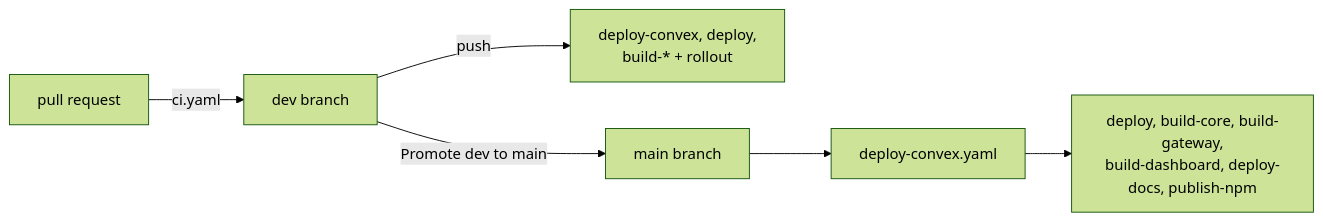
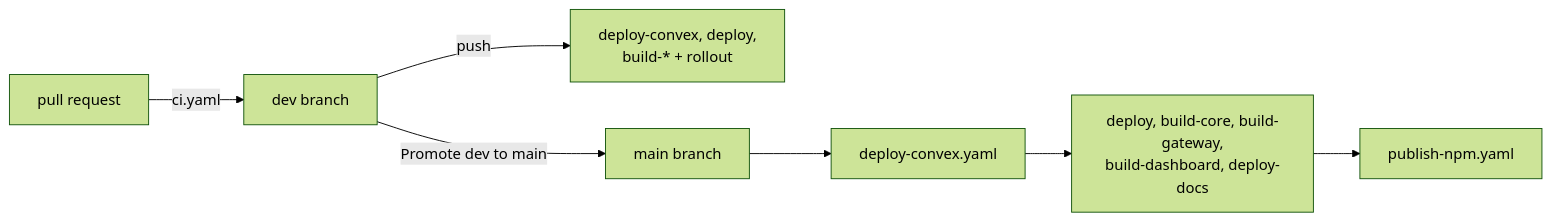
One commit to beeblastco/broods changed the first of 2 diagrams in apps/docs/docs/internals/ci-cd.md. Above: the diagram before and after it, drawn with Mermaid (forest theme). The commit also changed other lines of this file and 4 other files, not shown here.

First line of the commit message:
fix(ci,docs): publish npm after the production rollout and stop overclaiming hosted-MCP isolation

````diff
--- a/apps/docs/docs/internals/ci-cd.md
+++ b/apps/docs/docs/internals/ci-cd.md
@@ -12,8 +12,9 @@
 ```mermaid
 flowchart LR
   PR["pull request"] -->|ci.yaml| Dev["dev branch"]
   Dev -->|push| DevDeploys["deploy-convex, deploy,<br/>build-* + rollout"]
   Dev -->|"Promote dev to main"| Main["main branch"]
   Main --> Convex["deploy-convex.yaml"]
-  Convex --> Parallel["deploy, build-core, build-gateway,<br/>build-dashboard, deploy-docs, publish-npm"]
+  Convex --> Parallel["deploy, build-core, build-gateway,<br/>build-dashboard, deploy-docs"]
+  Parallel --> Npm["publish-npm.yaml"]
 ```
````
